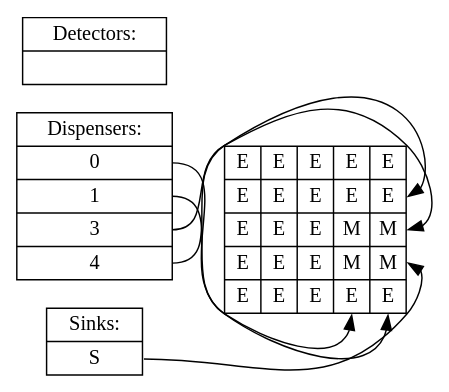
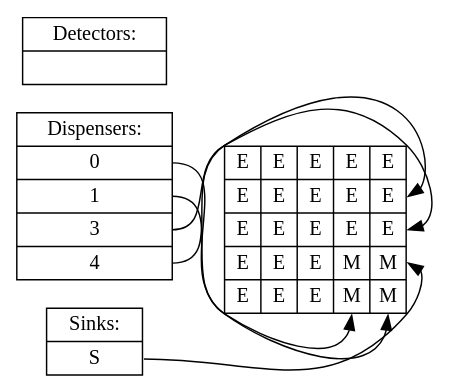
One commit to jiegec/OnePassSynthesisDMFB changed the diagram in solutions/Simple_Mix2/time7.dot. Above: the diagram before and after it, drawn with Graphviz. The commit also changed 13 other files, not shown here.

```diff
--- a/solutions/Simple_Mix2/time7.dot
+++ b/solutions/Simple_Mix2/time7.dot
@@ -1,11 +1,11 @@
 digraph step {rankdir=LR;node [shape=record,fontname="Inconsolata"];
 dispenser [label="Dispensers:|<d9>0|<d11>1|<d7>3|<d6>4"];
 sink [label="Sinks:|<s8>S"];
 detector [label="Detectors:|"];
-board [label="{<f00>E|<f01>E|<f02>E|<f03>E|<f04>E}|{<f10>E|<f11>E|<f12>E|<f13>E|<f14>E}|{<f20>E|<f21>E|<f22>E|<f23>M|<f24>M}|{<f30>E|<f31>E|<f32>E|<f33>M|<f34>M}|{<f40>E|<f41>E|<f42>E|<f43>E|<f44>E}"];
+board [label="{<f00>E|<f01>E|<f02>E|<f03>E|<f04>E}|{<f10>E|<f11>E|<f12>E|<f13>E|<f14>E}|{<f20>E|<f21>E|<f22>E|<f23>E|<f24>E}|{<f30>E|<f31>E|<f32>E|<f33>M|<f34>M}|{<f40>E|<f41>E|<f42>E|<f43>M|<f44>M}"];
 dispenser:d9 -> board:f44
 dispenser:d11 -> board:f43
 dispenser:d7 -> board:f24
 dispenser:d6 -> board:f14
 sink:s8 -> board:f34
 }
```
